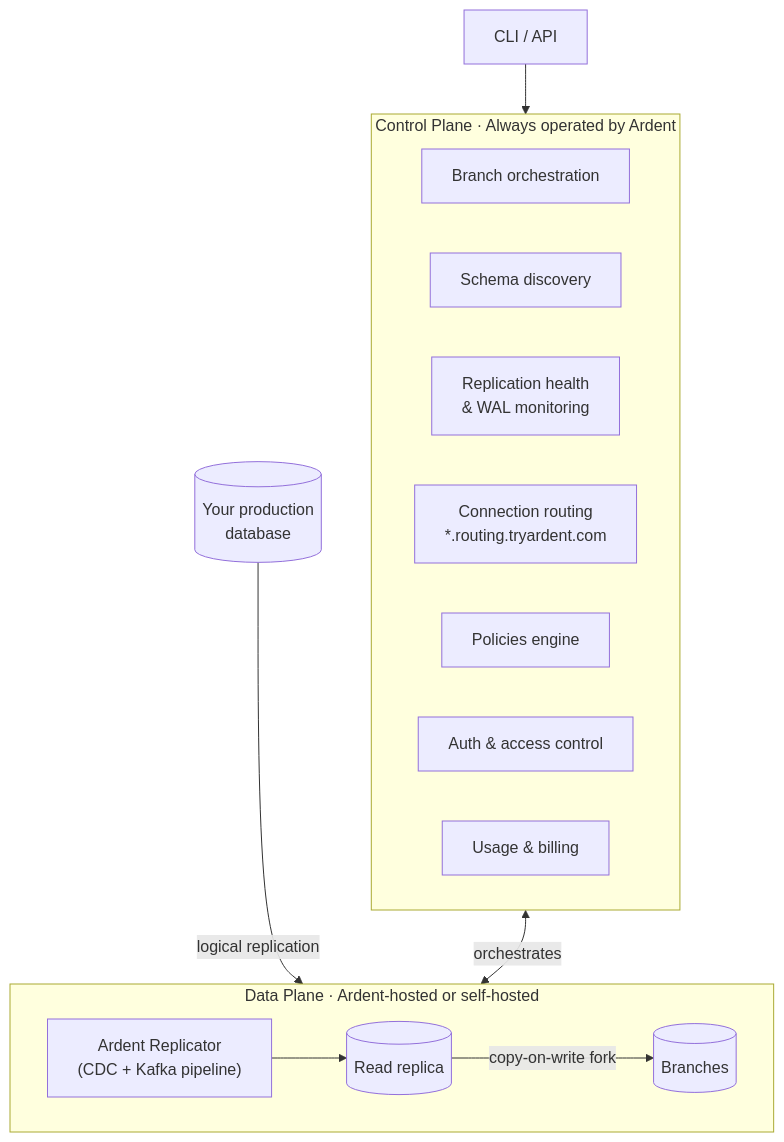
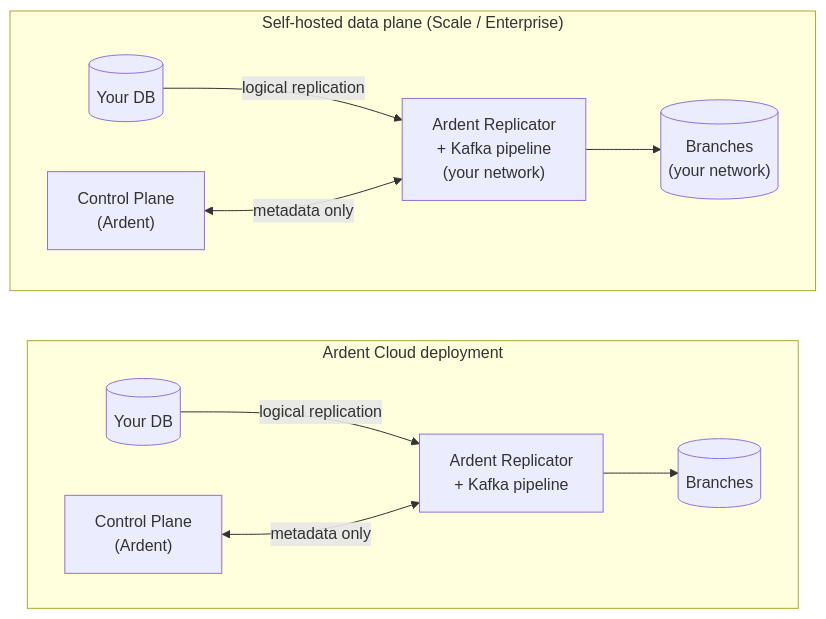
The diagram in architecture.mdx (ArdentAILabs/docs), drawn with Mermaid before and after one commit. The commit also changed other lines of this file, not shown here.

First line of the commit message:
docs: trim architecture page — capabilities not technical dump, horizontal diagram, Artie-style

````diff
--- a/architecture.mdx
+++ b/architecture.mdx
@@ -10,28 +15,16 @@
 ```mermaid
-flowchart TB
-    CLI["CLI / API"] --> CP
-
-    subgraph CP["Control Plane · Always operated by Ardent"]
+flowchart LR
+    subgraph Cloud["Ardent Cloud deployment"]
         direction LR
-        ORCH["Branch orchestration"]
-        DISC["Schema discovery"]
-        HEALTH["Replication health\n& WAL monitoring"]
-        PROXY["Connection routing\n*.routing.tryardent.com"]
-        POLICY["Policies engine"]
-        AUTH["Auth & access control"]
-        BILLING["Usage & billing"]
+        SRC1[("Your DB")] -->|"logical replication"| AR1["Ardent Replicator\n+ Kafka pipeline"]
+        AR1 --> B1[("Branches")]
+        CP1["Control Plane\n(Ardent)"] <-->|"metadata only"| AR1
     end
 
-    CP <-->|"orchestrates"| DP
-
-    subgraph DP["Data Plane · Ardent-hosted or self-hosted"]
+    subgraph SH["Self-hosted data plane (Scale / Enterprise)"]
         direction LR
-        REP["Ardent Replicator\n(CDC + Kafka pipeline)"]
-        REPLICA[("Read replica")]
-        BRANCHES[("Branches")]
+        SRC2[("Your DB")] -->|"logical replication"| AR2["Ardent Replicator\n+ Kafka pipeline\n(your network)"]
+        AR2 --> B2[("Branches\n(your network)")]
+        CP2["Control Plane\n(Ardent)"] <-->|"metadata only"| AR2
     end
-
-    PROD[("Your production\ndatabase")] -->|"logical replication"| REP
-    REP --> REPLICA
-    REPLICA -->|"copy-on-write fork"| BRANCHES
 ```
````
